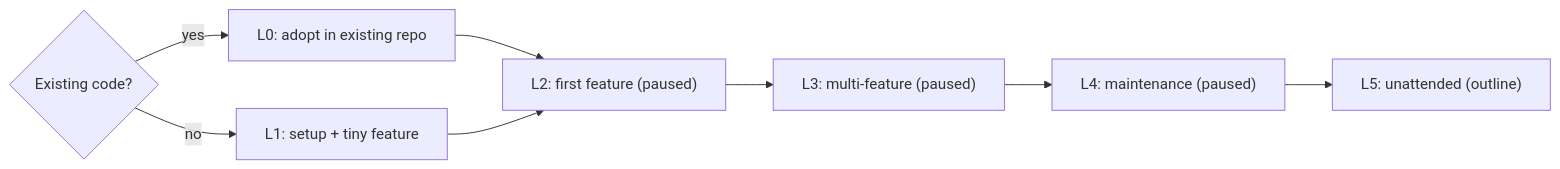
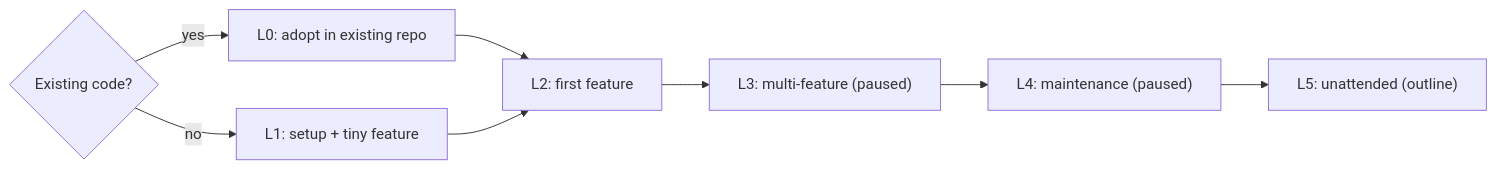
Before and after one commit to tosin2013/invoice-exception-desk: the fourth of 4 diagrams in docs/index.md, drawn with Mermaid. The commit also changed other lines of this file and 5 other files, not shown here.

Commit message:
docs: add L2 first feature page; link L2 from Home, L0/L1 footers and llms.txt (L3/L4 stay paused)

````diff
--- a/docs/index.md
+++ b/docs/index.md
@@ -102,8 +102,8 @@
 ```mermaid
 flowchart LR
   Q{Existing code?} -->|yes| L0["L0: adopt in existing repo"]
   Q -->|no| L1["L1: setup + tiny feature"]
-  L0 --> L2["L2: first feature (paused)"]
+  L0 --> L2["L2: first feature"]
   L1 --> L2
   L2 --> L3["L3: multi-feature (paused)"] --> L4["L4: maintenance (paused)"] --> L5["L5: unattended (outline)"]
 ```
````
